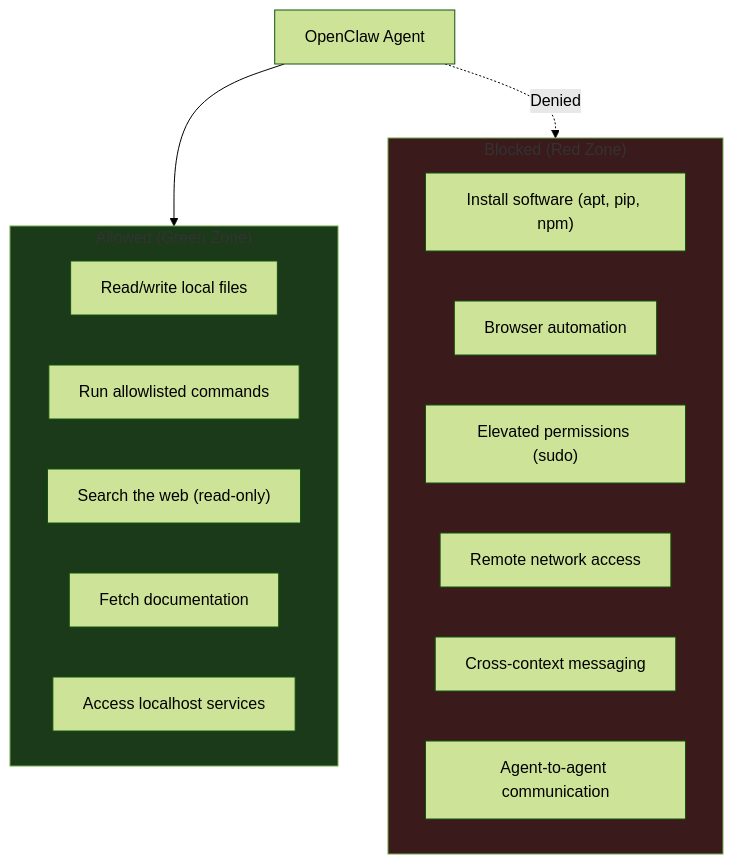
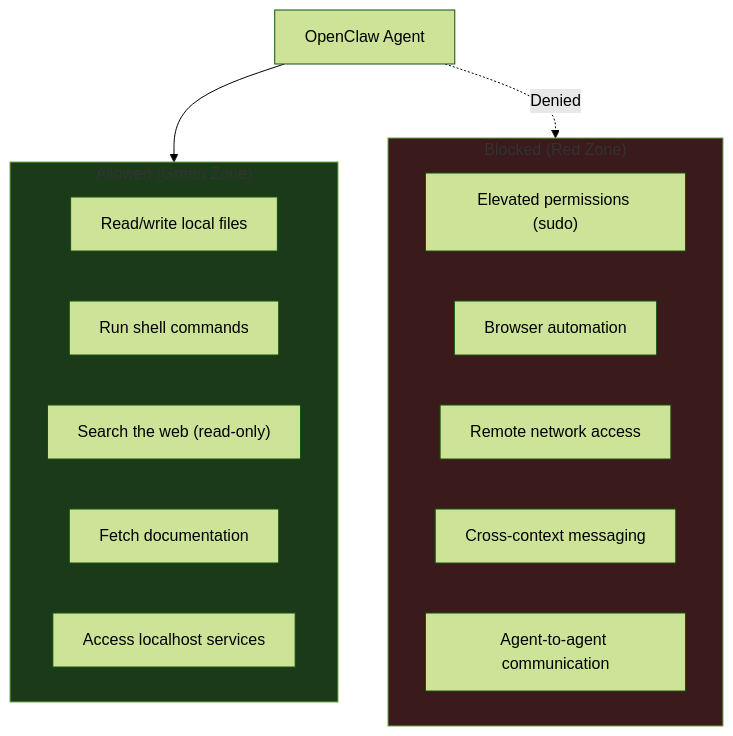
The diagram in docs/security.md (mvalancy/tritium-coder), drawn with Mermaid (forest theme) before and after one commit. The commit also changed other lines of this file and 6 other files, not shown here.

````diff
--- a/docs/security.md
+++ b/docs/security.md
@@ -9,24 +9,23 @@
 ```mermaid
 flowchart TB
     subgraph Allowed["Allowed (Green Zone)"]
         style Allowed fill:#1a3a1a
         A1["Read/write local files"]
-        A2["Run allowlisted commands"]
+        A2["Run shell commands"]
         A3["Search the web (read-only)"]
         A4["Fetch documentation"]
         A5["Access localhost services"]
     end
 
     subgraph Blocked["Blocked (Red Zone)"]
         style Blocked fill:#3a1a1a
-        B1["Install software (apt, pip, npm)"]
+        B1["Elevated permissions (sudo)"]
         B2["Browser automation"]
-        B3["Elevated permissions (sudo)"]
-        B4["Remote network access"]
-        B5["Cross-context messaging"]
-        B6["Agent-to-agent communication"]
+        B3["Remote network access"]
+        B4["Cross-context messaging"]
+        B5["Agent-to-agent communication"]
     end
 
     Agent["OpenClaw Agent"] --> Allowed
     Agent -.->|Denied| Blocked
 ```
````
